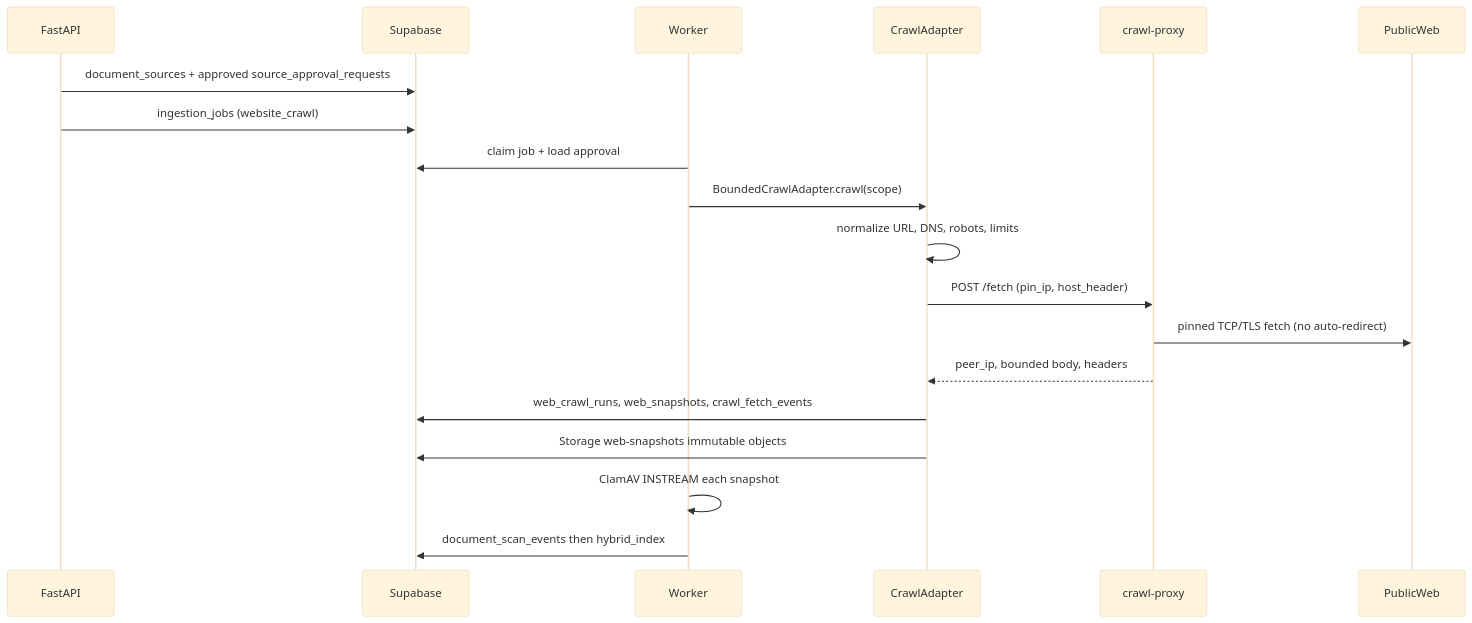
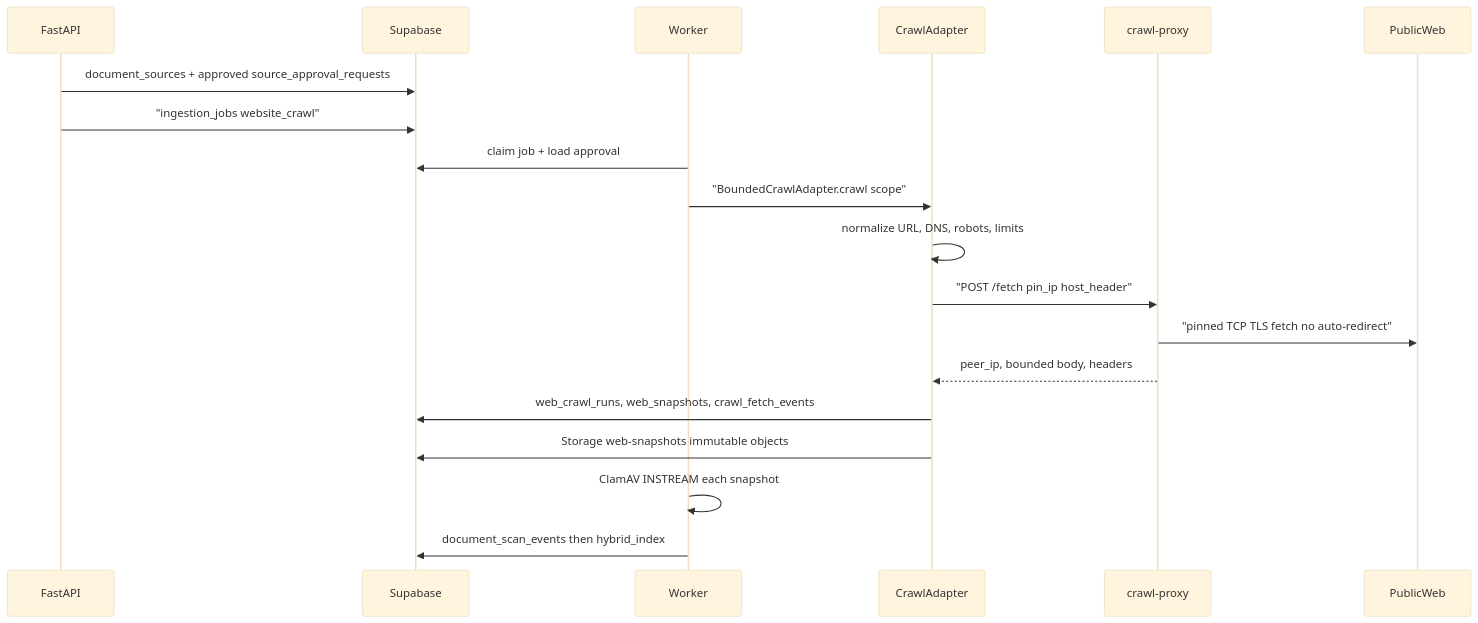
Before and after one commit to Nagdy8888/smart-rag: the diagram in docs/ingestion/CRAWL_POLICY.md, drawn with Mermaid (base theme). The commit also changed 83 other files, not shown here.

````diff
--- a/docs/ingestion/CRAWL_POLICY.md
+++ b/docs/ingestion/CRAWL_POLICY.md
@@ -17,22 +17,22 @@
 ```mermaid
 sequenceDiagram
   participant API as FastAPI
   participant DB as Supabase
   participant Worker as Worker
   participant Core as CrawlAdapter
   participant Proxy as crawl-proxy
   participant Web as PublicWeb
 
   API->>DB: document_sources + approved source_approval_requests
-  API->>DB: ingestion_jobs (website_crawl)
+  API->>DB: "ingestion_jobs website_crawl"
   Worker->>DB: claim job + load approval
-  Worker->>Core: BoundedCrawlAdapter.crawl(scope)
+  Worker->>Core: "BoundedCrawlAdapter.crawl scope"
   Core->>Core: normalize URL, DNS, robots, limits
-  Core->>Proxy: POST /fetch (pin_ip, host_header)
-  Proxy->>Web: pinned TCP/TLS fetch (no auto-redirect)
+  Core->>Proxy: "POST /fetch pin_ip host_header"
+  Proxy->>Web: "pinned TCP TLS fetch no auto-redirect"
   Proxy-->>Core: peer_ip, bounded body, headers
   Core->>DB: web_crawl_runs, web_snapshots, crawl_fetch_events
   Core->>DB: Storage web-snapshots immutable objects
   Worker->>Worker: ClamAV INSTREAM each snapshot
   Worker->>DB: document_scan_events then hybrid_index
 ```
````
